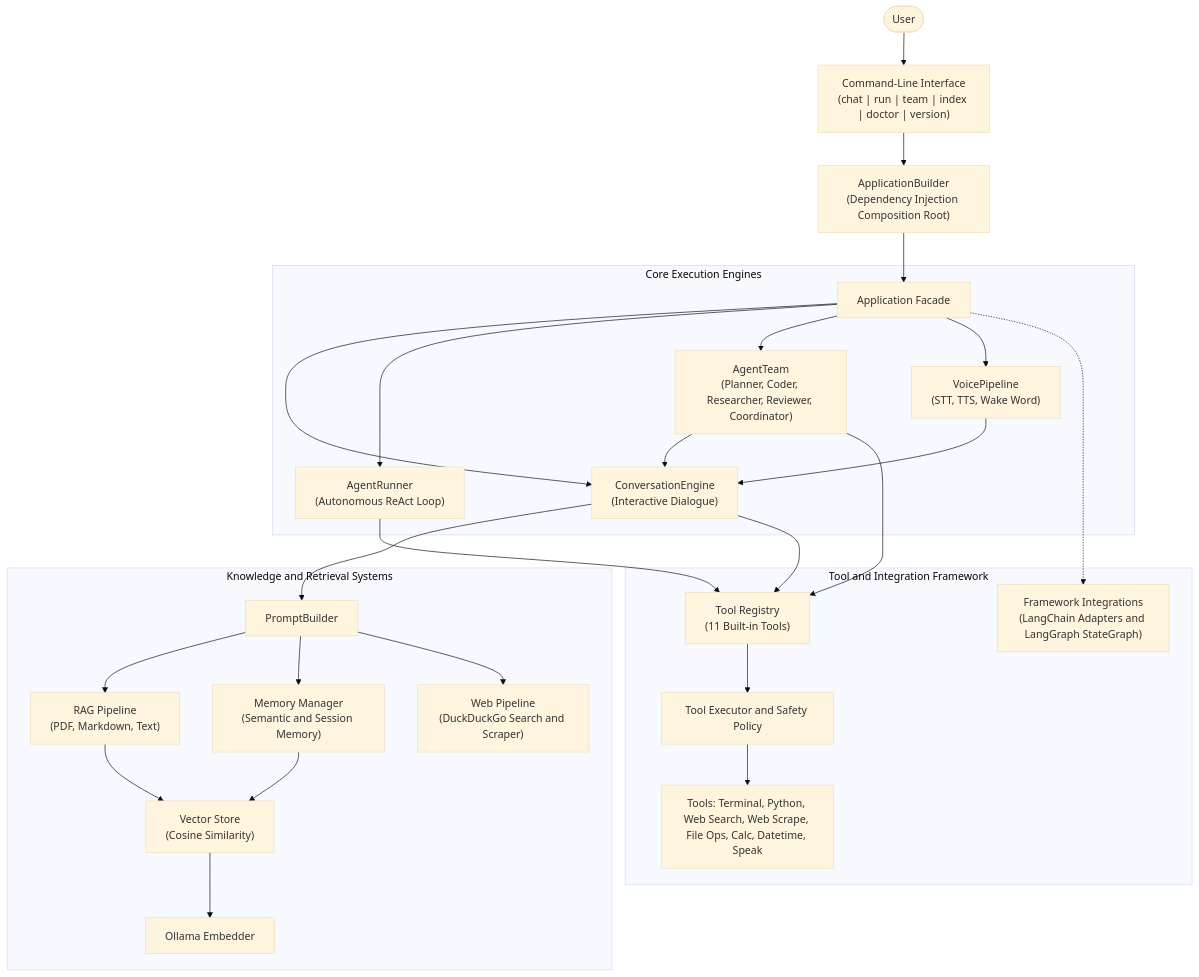
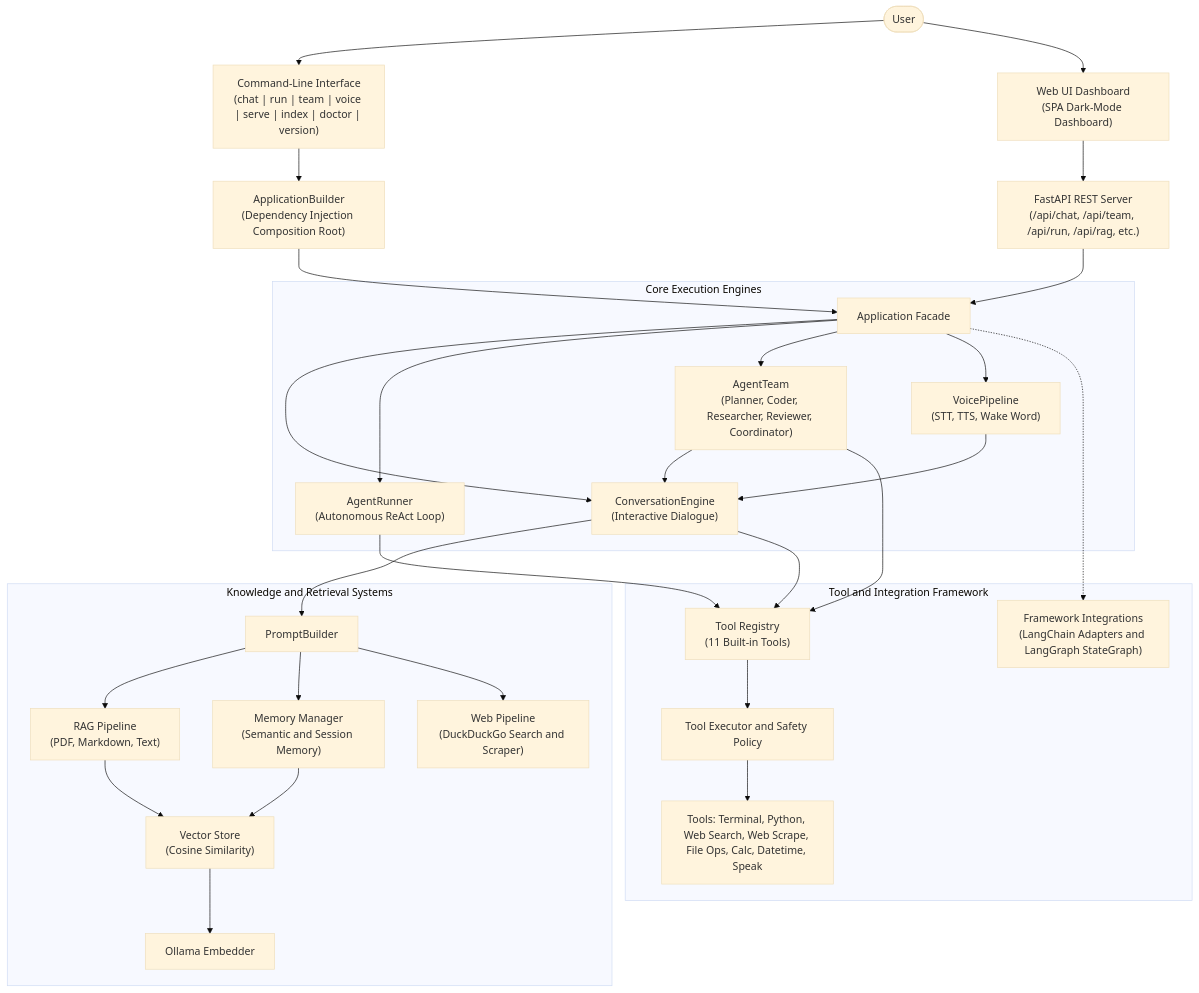
One commit to RishabGoel11/Aether changed the diagram in docs/ARCHITECTURE.md. Above: the diagram before and after it, drawn with Mermaid (base theme). The commit also changed other lines of this file and 30 other files, not shown here.

Commit message:
feat: Phase 11 - Production (FastAPI REST API, Modern Web UI, aether serve, Docker deployment)

````diff
--- a/docs/ARCHITECTURE.md
+++ b/docs/ARCHITECTURE.md
@@ -26,34 +26,37 @@
 ```mermaid
 flowchart TD
-    User([User]) --> CLI["Command-Line Interface<br/>(chat | run | team | index | doctor | version)"]
+    User([User]) --> CLI["Command-Line Interface<br/>(chat | run | team | voice | serve | index | doctor | version)"]
+    User --> WebUI["Web UI Dashboard<br/>(SPA Dark-Mode Dashboard)"]
+    WebUI --> API["FastAPI REST Server<br/>(/api/chat, /api/team, /api/run, /api/rag, etc.)"]
+    API --> App["Application Facade"]
     CLI --> Builder["ApplicationBuilder<br/>(Dependency Injection Composition Root)"]
-    Builder --> App["Application Facade"]
+    Builder --> App
 
     subgraph Core ["Core Execution Engines"]
         App --> Engine["ConversationEngine<br/>(Interactive Dialogue)"]
         App --> Agent["AgentRunner<br/>(Autonomous ReAct Loop)"]
         App --> Team["AgentTeam<br/>(Planner, Coder, Researcher, Reviewer, Coordinator)"]
         App --> Voice["VoicePipeline<br/>(STT, TTS, Wake Word)"]
         Voice --> Engine
         Team --> Engine
     end
 
     subgraph Intelligence ["Knowledge and Retrieval Systems"]
         Engine --> Prompt["PromptBuilder"]
         Prompt --> RAG["RAG Pipeline<br/>(PDF, Markdown, Text)"]
         Prompt --> Mem["Memory Manager<br/>(Semantic and Session Memory)"]
         Prompt --> Web["Web Pipeline<br/>(DuckDuckGo Search and Scraper)"]
         RAG --> VectorStore["Vector Store<br/>(Cosine Similarity)"]
         Mem --> VectorStore
         VectorStore --> Embedder["Ollama Embedder"]
     end
 
     subgraph Tools ["Tool and Integration Framework"]
         Agent --> Registry["Tool Registry<br/>(11 Built-in Tools)"]
         Engine --> Registry
         Team --> Registry
         Registry --> Executor["Tool Executor and Safety Policy"]
         Executor --> Builtins["Tools: Terminal, Python, Web Search, Web Scrape, File Ops, Calc, Datetime, Speak"]
         App -.-> Integrations["Framework Integrations<br/>(LangChain Adapters and LangGraph StateGraph)"]
     end
 ```
````
